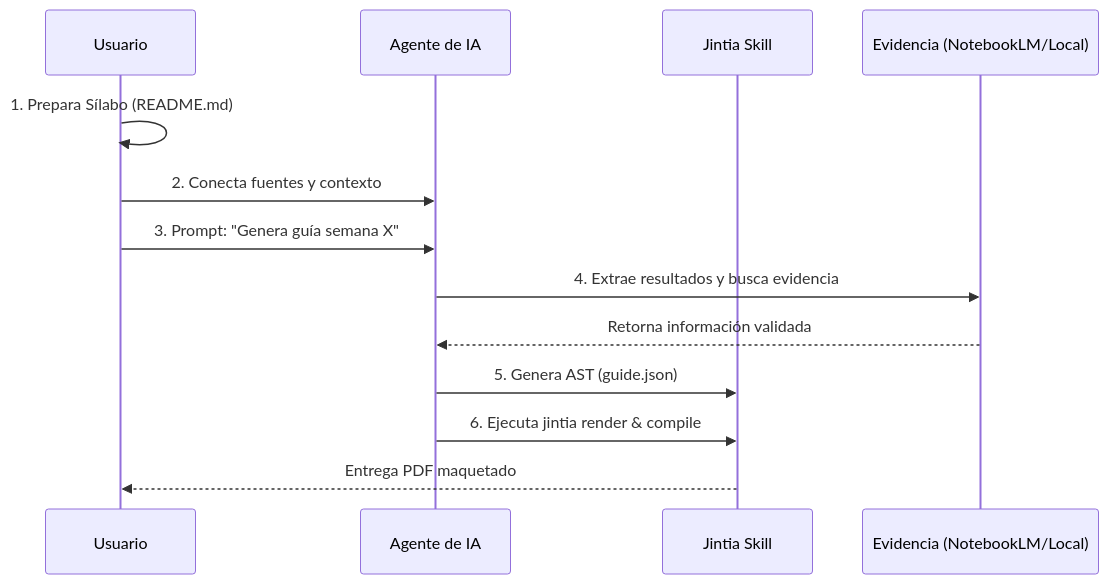
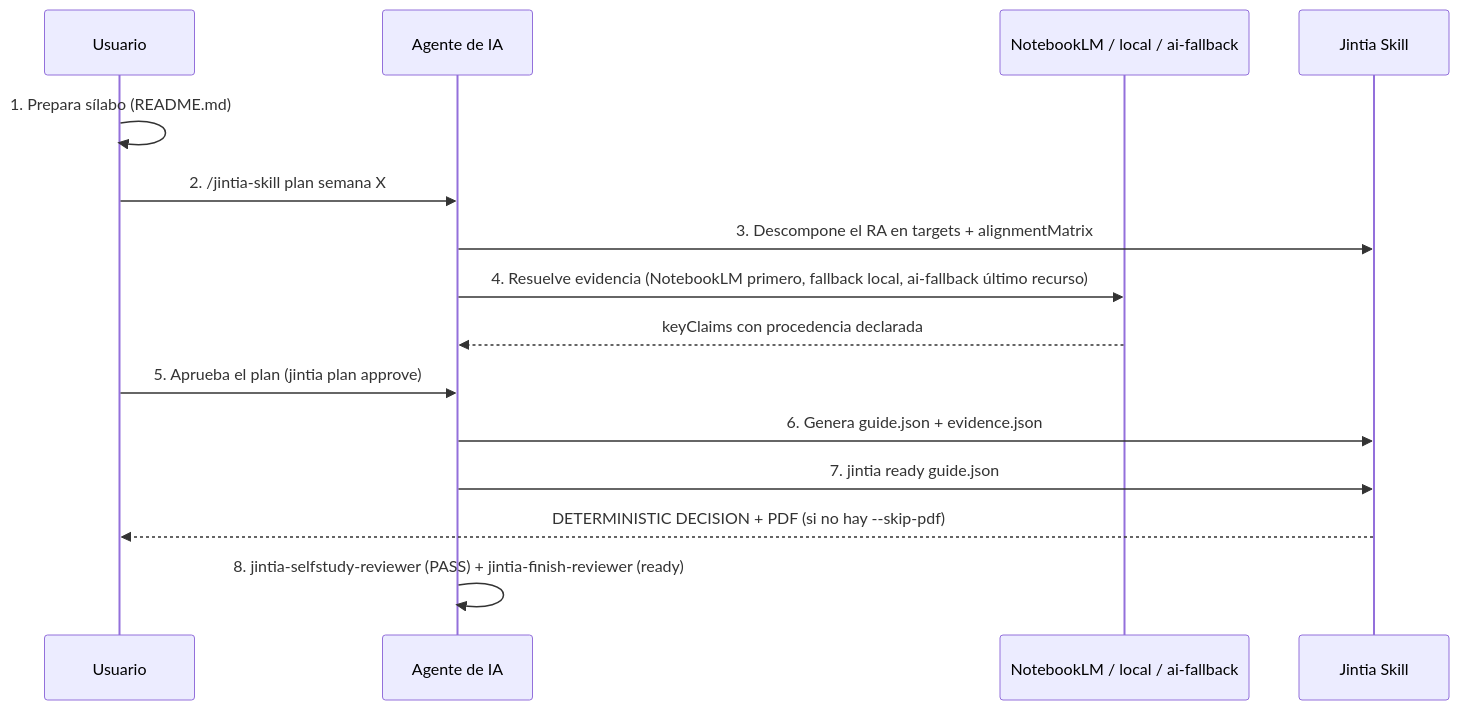
Before and after one commit to CharlieCardenasToledo/jintia: the first of 2 diagrams in README.md, drawn with Mermaid. The commit also changed other lines of this file and 50 other files, not shown here.

````diff
--- a/README.md
+++ b/README.md
@@ -26,16 +35,18 @@
 ```mermaid
 sequenceDiagram
     participant U as Usuario
     participant IA as Agente de IA
+    participant N as NotebookLM / local / ai-fallback
     participant J as Jintia Skill
-    participant E as Evidencia (NotebookLM/Local)
 
-    U->>U: 1. Prepara Sílabo (README.md)
-    U->>IA: 2. Conecta fuentes y contexto
-    U->>IA: 3. Prompt: "Genera guía semana X"
-    IA->>E: 4. Extrae resultados y busca evidencia
-    E-->>IA: Retorna información validada
-    IA->>J: 5. Genera AST (guide.json)
-    IA->>J: 6. Ejecuta jintia render & compile
-    J-->>U: Entrega PDF maquetado
+    U->>U: 1. Prepara sílabo (README.md)
+    U->>IA: 2. /jintia-skill plan semana X
+    IA->>J: 3. Descompone el RA en targets + alignmentMatrix
+    IA->>N: 4. Resuelve evidencia (NotebookLM primero, fallback local, ai-fallback último recurso)
+    N-->>IA: keyClaims con procedencia declarada
+    U->>IA: 5. Aprueba el plan (jintia plan approve)
+    IA->>J: 6. Genera guide.json + evidence.json
+    IA->>J: 7. jintia ready guide.json
+    J-->>U: DETERMINISTIC DECISION + PDF (si no hay --skip-pdf)
+    IA->>IA: 8. jintia-selfstudy-reviewer (PASS) + jintia-finish-reviewer (ready)
 ```
````
